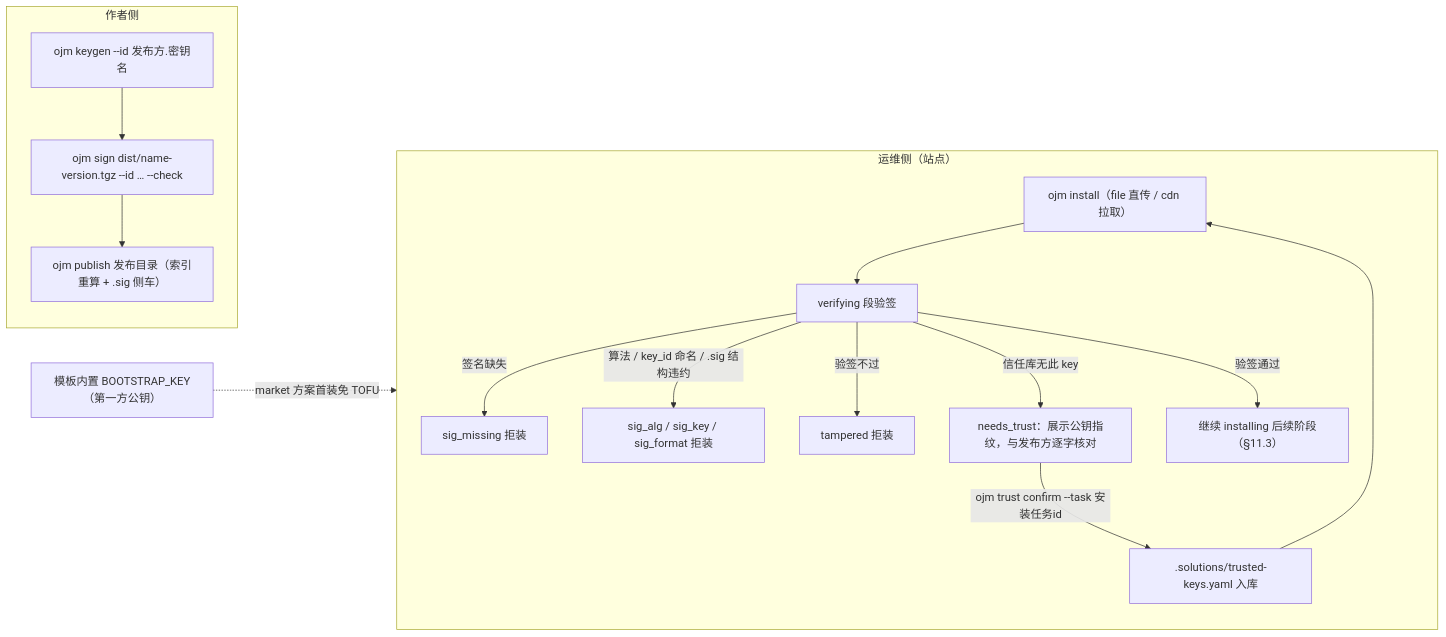
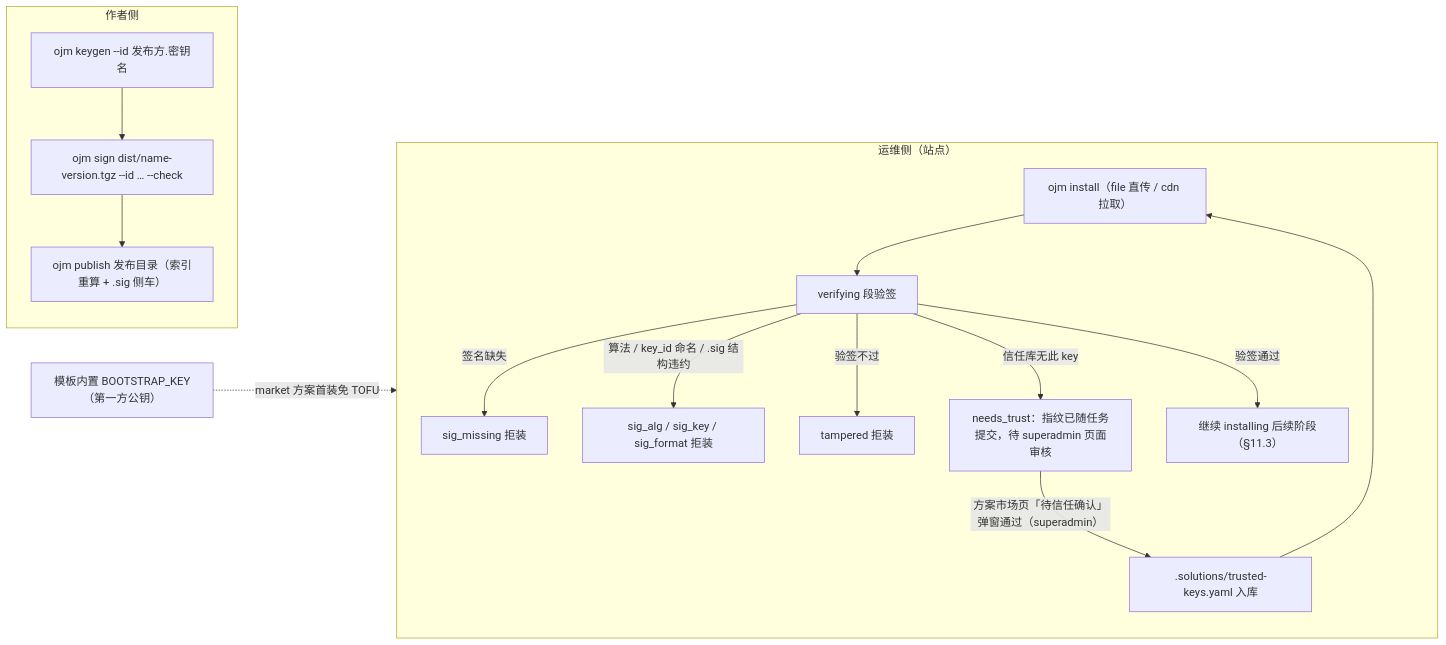
One commit to everpan/oj-module changed the fourth of 4 diagrams in docs/devkit/manual.md. Above: the diagram before and after it, drawn with Mermaid. The commit also changed other lines of this file and 16 other files, not shown here.

First line of the commit message:
feat(cli): 首装 needs_trust 改页面审核口径，不再逐字核对指纹/CLI confirm

````diff
--- a/docs/devkit/manual.md
+++ b/docs/devkit/manual.md
@@ -2205,20 +2205,20 @@
 ```mermaid
 flowchart LR
   subgraph author["作者侧"]
     direction TB
     K["ojm keygen --id 发布方.密钥名"] --> S["ojm sign dist/name-version.tgz --id … --check"]
     S --> PUB["ojm publish 发布目录（索引重算 + .sig 侧车）"]
   end
   subgraph ops["运维侧（站点）"]
     direction TB
     INST["ojm install（file 直传 / cdn 拉取）"] --> VER["verifying 段验签"]
     VER -->|"签名缺失"| E1["sig_missing 拒装"]
     VER -->|"算法 / key_id 命名 / .sig 结构违约"| E2["sig_alg / sig_key / sig_format 拒装"]
     VER -->|"验签不过"| E3["tampered 拒装"]
-    VER -->|"信任库无此 key"| TOFU["needs_trust：展示公钥指纹，与发布方逐字核对"]
-    TOFU -->|"ojm trust confirm --task 安装任务id"| LIB[".solutions/trusted-keys.yaml 入库"]
+    VER -->|"信任库无此 key"| TOFU["needs_trust：指纹已随任务提交，待 superadmin 页面审核"]
+    TOFU -->|"方案市场页「待信任确认」弹窗通过（superadmin）"| LIB[".solutions/trusted-keys.yaml 入库"]
     LIB --> INST
     VER -->|"验签通过"| NEXT["继续 installing 后续阶段（§11.3）"]
   end
   BOOT["模板内置 BOOTSTRAP_KEY（第一方公钥）"] -. "market 方案首装免 TOFU" .-> VER
 ```
````
